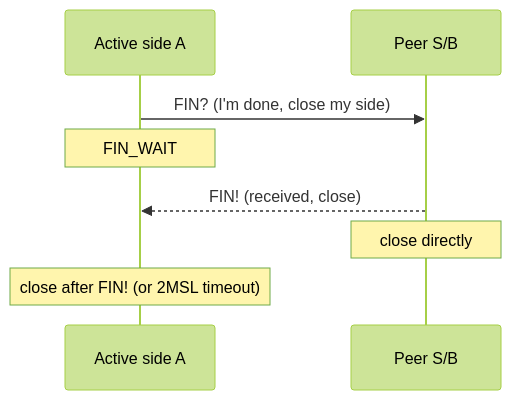
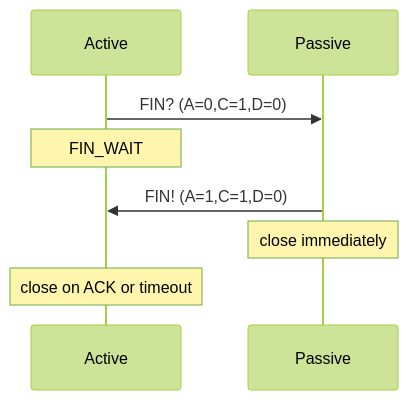
One commit to moky/magpie-bridge changed the third of 4 diagrams in docs/design-workflow.md. Above: the diagram before and after it, drawn with Mermaid (forest theme). The commit also changed other lines of this file and 9 other files, not shown here.

````diff
--- a/docs/design-workflow.md
+++ b/docs/design-workflow.md
@@ -88,10 +47,10 @@
 ```mermaid
 sequenceDiagram
-    participant A as Active side A
-    participant S as Peer S/B
-    A->>S: FIN? (I'm done, close my side)
+    participant A as Active
+    participant B as Passive
+    A->>B: FIN? (A=0,C=1,D=0)
     Note over A: FIN_WAIT
-    S-->>A: FIN! (received, close)
-    Note over S: close directly
-    Note over A: close after FIN! (or 2MSL timeout)
+    B->>A: FIN! (A=1,C=1,D=0)
+    Note over B: close immediately
+    Note over A: close on ACK or timeout
 ```
````
